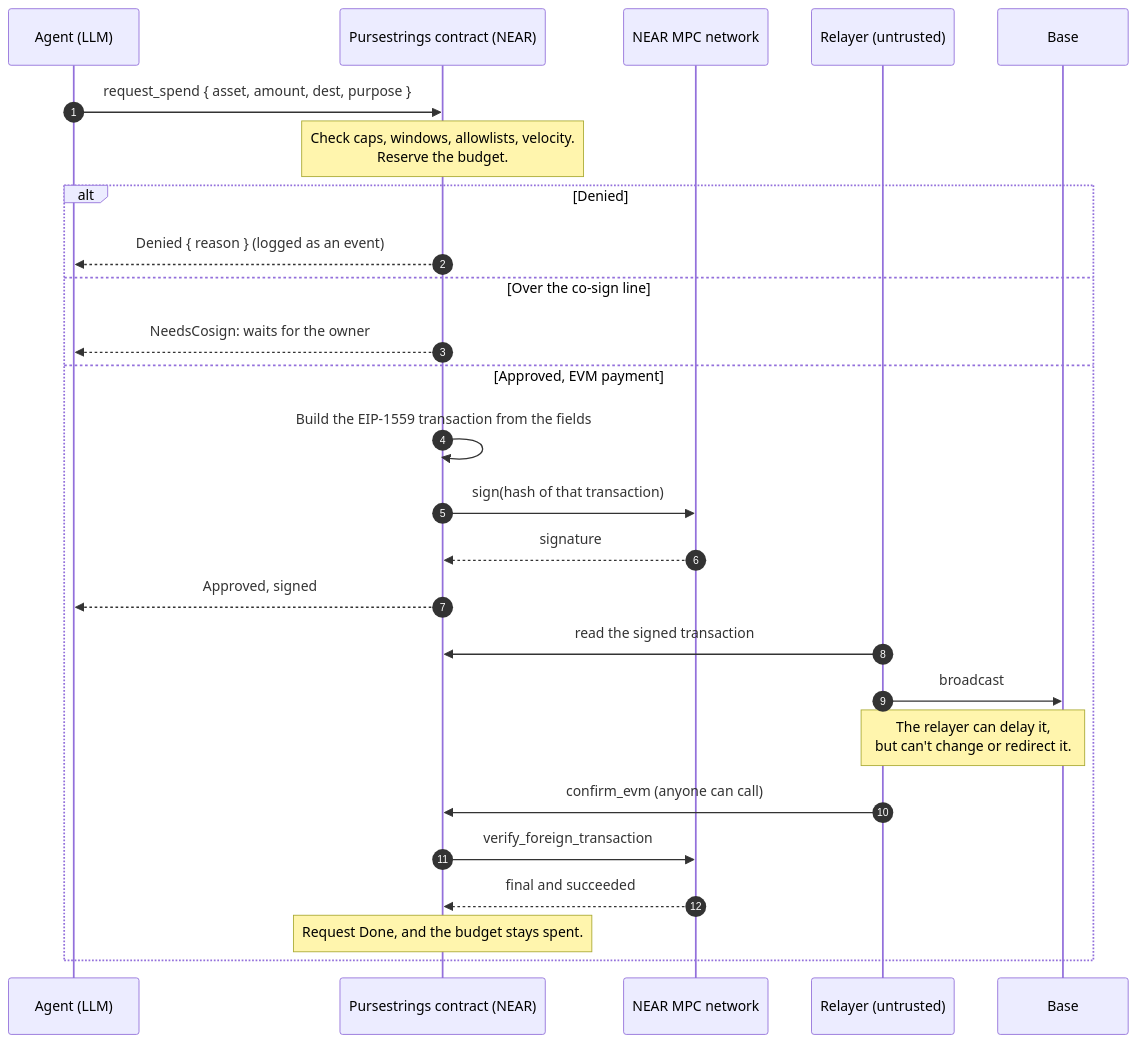
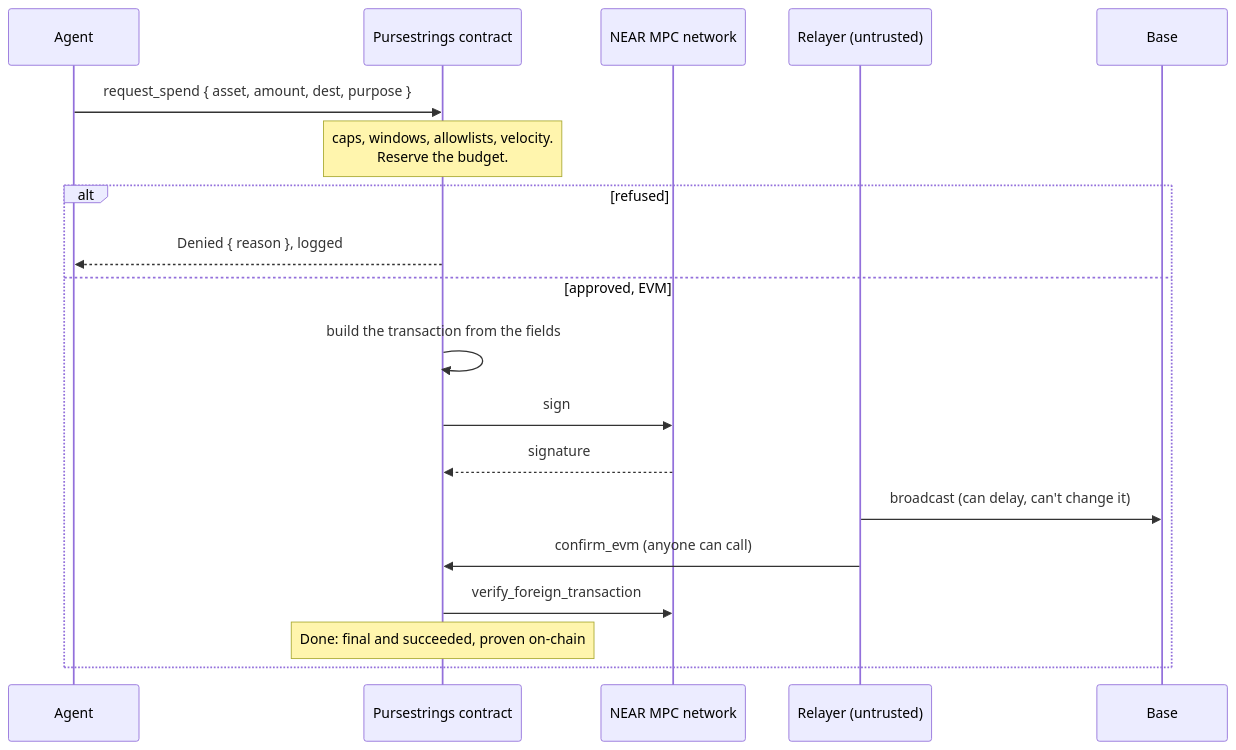
Before and after one commit to Abdul-Jimoh/pursestrings: the third of 3 diagrams in README.md, drawn with Mermaid. The commit also changed other lines of this file and 1 other file, not shown here.

````diff
--- a/README.md
+++ b/README.md
@@ -44,29 +141,21 @@
 ```mermaid
 sequenceDiagram
-    autonumber
-    participant A as Agent (LLM)
-    participant P as Pursestrings contract (NEAR)
+    participant A as Agent
+    participant P as Pursestrings contract
     participant M as NEAR MPC network
     participant R as Relayer (untrusted)
     participant B as Base
-
     A->>P: request_spend { asset, amount, dest, purpose }
-    Note over P: Check caps, windows, allowlists, velocity.<br/>Reserve the budget.
-    alt Denied
-        P-->>A: Denied { reason } (logged as an event)
-    else Over the co-sign line
-        P-->>A: NeedsCosign: waits for the owner
-    else Approved, EVM payment
-        P->>P: Build the EIP-1559 transaction from the fields
-        P->>M: sign(hash of that transaction)
+    Note over P: caps, windows, allowlists, velocity.<br/>Reserve the budget.
+    alt refused
+        P-->>A: Denied { reason }, logged
+    else approved, EVM
+        P->>P: build the transaction from the fields
+        P->>M: sign
         M-->>P: signature
-        P-->>A: Approved, signed
-        R->>P: read the signed transaction
-        R->>B: broadcast
-        Note over R,B: The relayer can delay it,<br/>but can't change or redirect it.
+        R->>B: broadcast (can delay, can't change it)
         R->>P: confirm_evm (anyone can call)
         P->>M: verify_foreign_transaction
-        M-->>P: final and succeeded
-        Note over P: Request Done, and the budget stays spent.
+        Note over P: Done: final and succeeded, proven on-chain
     end
 ```
````
